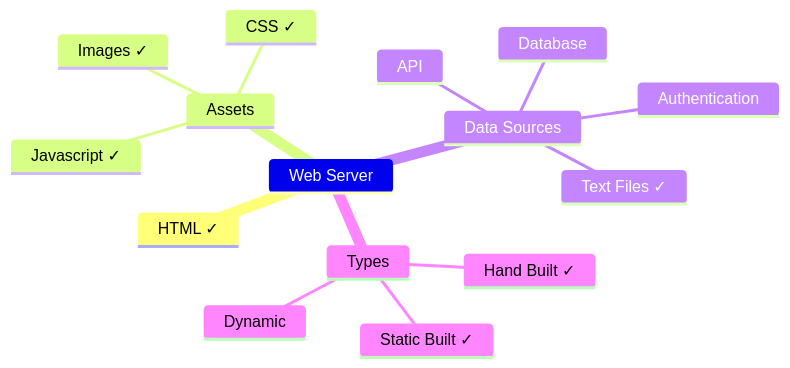
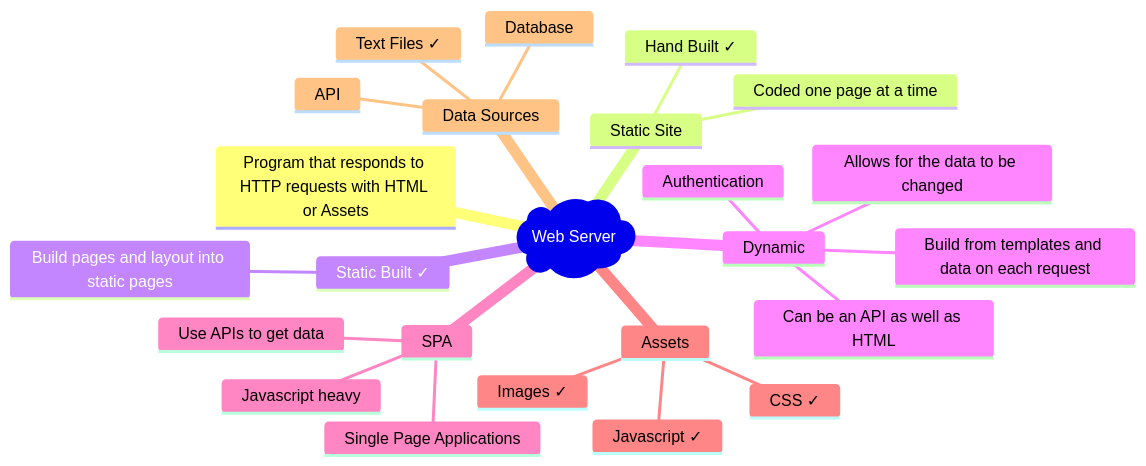
One commit to stretchyboy/python-todo changed the first of 2 diagrams in LESSON.md. Above: the diagram before and after it, drawn with Mermaid. The commit also changed other lines of this file and 1 other file, not shown here.

Commit message:
Updated the LESSON

````diff
--- a/LESSON.md
+++ b/LESSON.md
@@ -8,19 +8,27 @@
 ```mermaid
 mindmap
-    Web Server
-        HTML #10003;
+    server)Web Server(
+        Program that responds to HTTP requests with HTML or Assets
+        Static Site
+            Hand Built #10003;
+            Coded one page at a time
+        Static Built #10003;
+            Build pages and layout into static pages
+        Dynamic
+            Build from templates and data on each request
+            Allows for the data to be changed
+            Authentication
+            Can be an API as well as HTML
+        SPA
+            Single Page Applications
+            Javascript heavy
+            Use APIs to get data
         Assets
             Images #10003;
             CSS #10003;
             Javascript #10003;
         Data Sources
             Text Files #10003;
             API
             Database
-            Authentication
-        Types
-            Hand Built #10003;
-            Static Built #10003;
-            Dynamic
-
 ```
````
